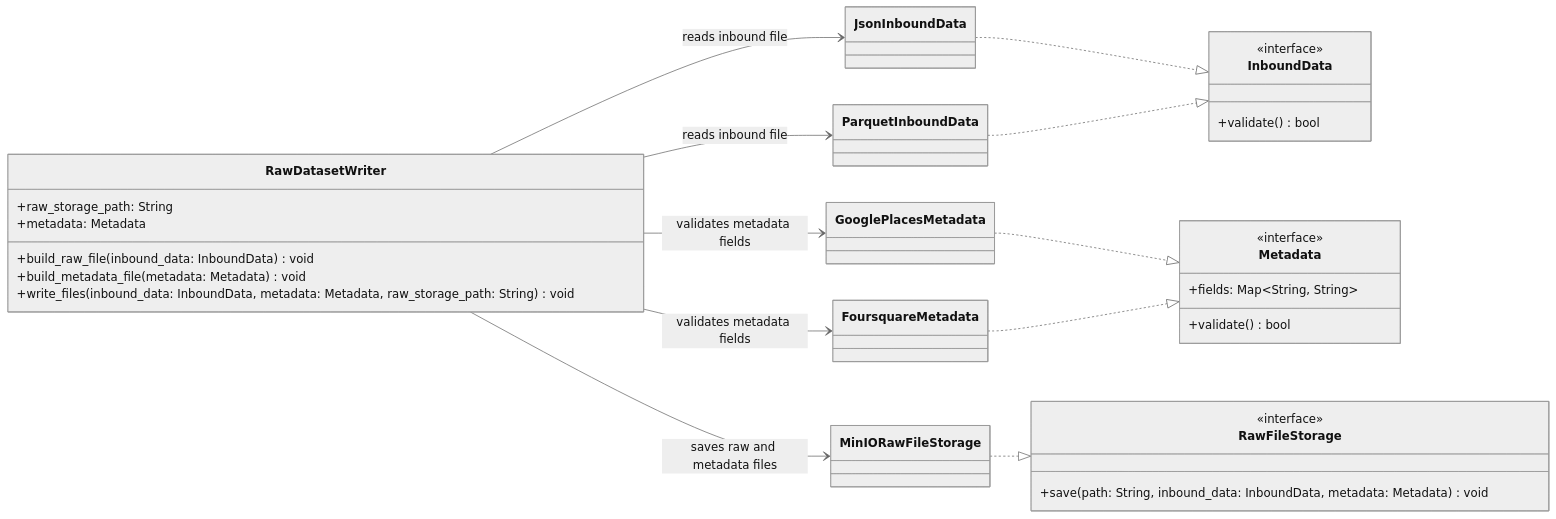
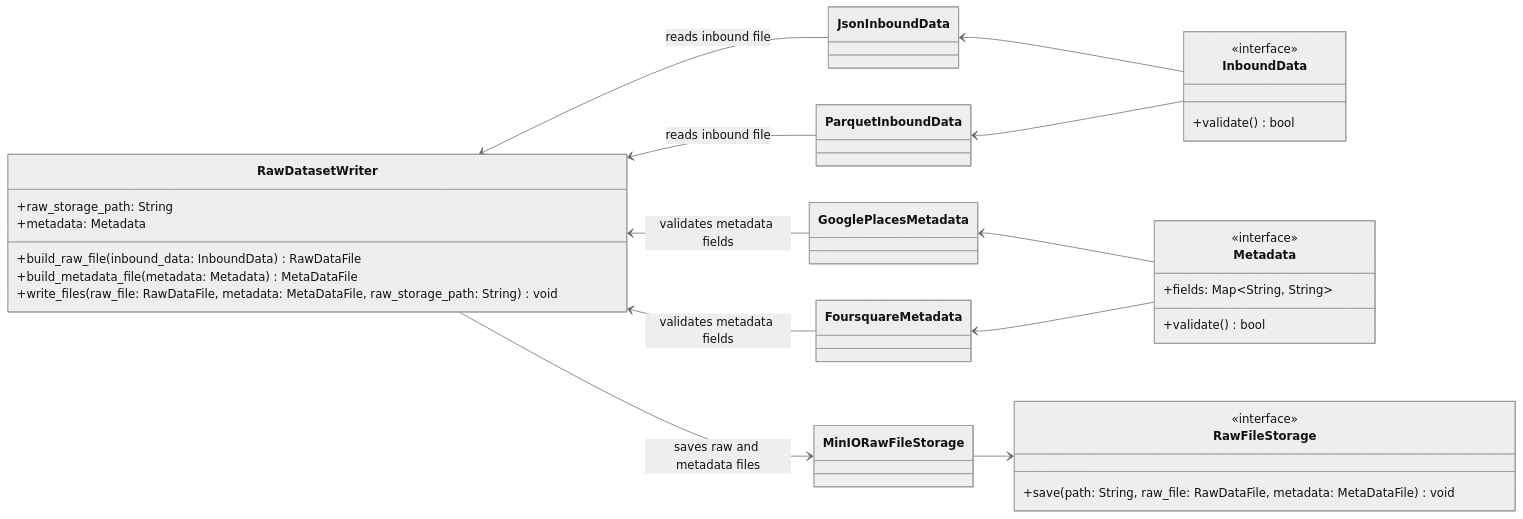
The diagram in docs/c4/level_4_code/data_ingestion/raw_dataset_writer.md (mentoria-edu/data_vet), drawn with Mermaid (neutral theme) before and after one commit. The commit also changed 1 other file, not shown here.

Commit message:
Atualizando versão final

````diff
--- a/docs/c4/level_4_code/data_ingestion/raw_dataset_writer.md
+++ b/docs/c4/level_4_code/data_ingestion/raw_dataset_writer.md
@@ -5,50 +5,50 @@
 ```mermaid
 classDiagram
     direction LR
 
     class RawDatasetWriter {
         +raw_storage_path: String
         +metadata: Metadata
-        +build_raw_file(inbound_data: InboundData) void
-        +build_metadata_file(metadata: Metadata) void
-        +write_files(inbound_data: InboundData, metadata: Metadata, raw_storage_path: String) void
+        +build_raw_file(inbound_data: InboundData) RawDataFile
+        +build_metadata_file(metadata: Metadata) MetaDataFile
+        +write_files(raw_file: RawDataFile, metadata: MetaDataFile, raw_storage_path: String) void
     }
 
     class InboundData {
         <<interface>>
         +validate() bool
     }
 
     class Metadata {
         <<interface>>
         +fields: Map~String, String~
         +validate() bool
     }
 
     class RawFileStorage {
         <<interface>>
-        +save(path: String, inbound_data: InboundData, metadata: Metadata) void
+        +save(path: String, raw_file: RawDataFile, metadata: MetaDataFile) void
     }
 
     class JsonInboundData
     class ParquetInboundData
     class GooglePlacesMetadata
     class FoursquareMetadata
     class MinIORawFileStorage
 
-    JsonInboundData ..|> InboundData
-    ParquetInboundData ..|> InboundData
+    JsonInboundData <-- InboundData
+    ParquetInboundData <-- InboundData
 
-    GooglePlacesMetadata ..|> Metadata
-    FoursquareMetadata ..|> Metadata
+    GooglePlacesMetadata <-- Metadata
+    FoursquareMetadata <-- Metadata
 
-    MinIORawFileStorage ..|> RawFileStorage
+    MinIORawFileStorage --> RawFileStorage
 
-    RawDatasetWriter --> JsonInboundData : reads inbound file
-    RawDatasetWriter --> ParquetInboundData : reads inbound file
+    RawDatasetWriter <-- JsonInboundData : reads inbound file
+    RawDatasetWriter <-- ParquetInboundData : reads inbound file
 
-    RawDatasetWriter --> GooglePlacesMetadata : validates metadata fields
-    RawDatasetWriter --> FoursquareMetadata : validates metadata fields
+    RawDatasetWriter <-- GooglePlacesMetadata : validates metadata fields
+    RawDatasetWriter <-- FoursquareMetadata : validates metadata fields
 
     RawDatasetWriter --> MinIORawFileStorage : saves raw and metadata files  
 ```
````
